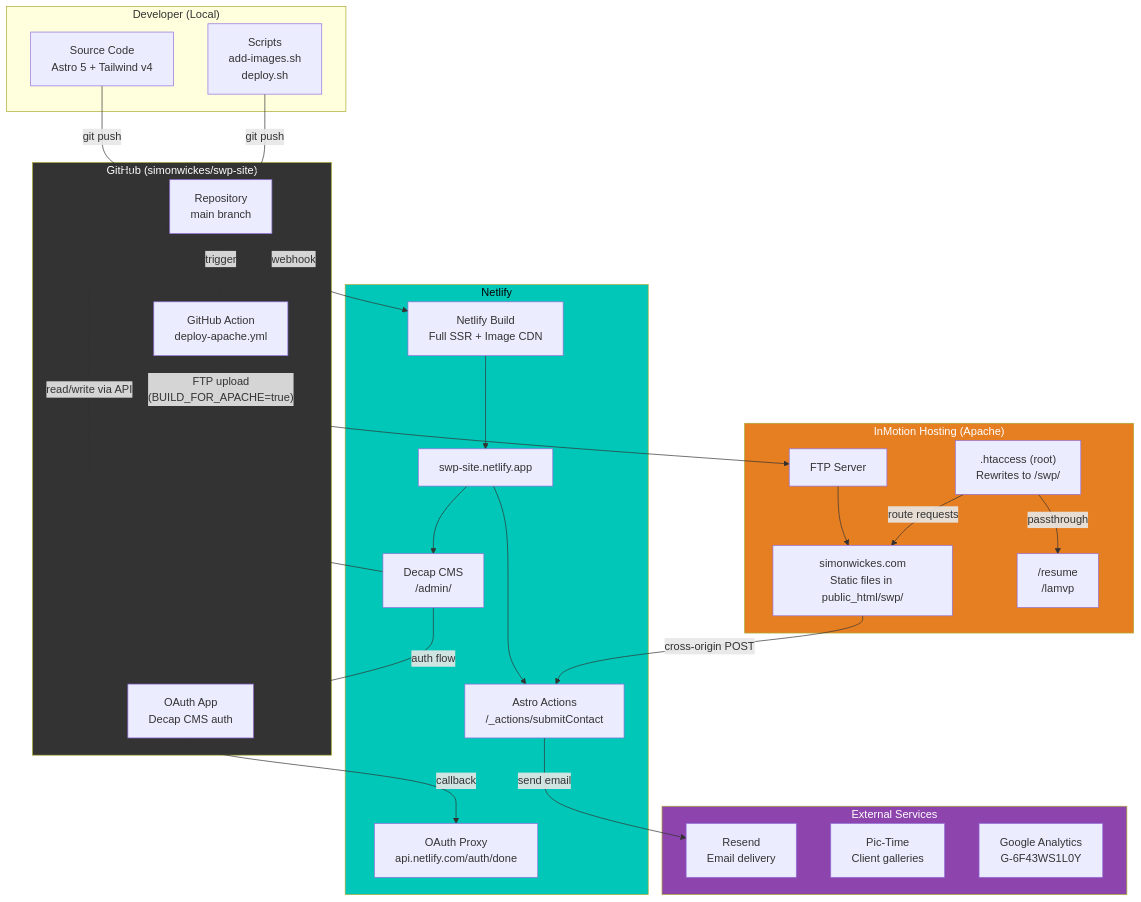
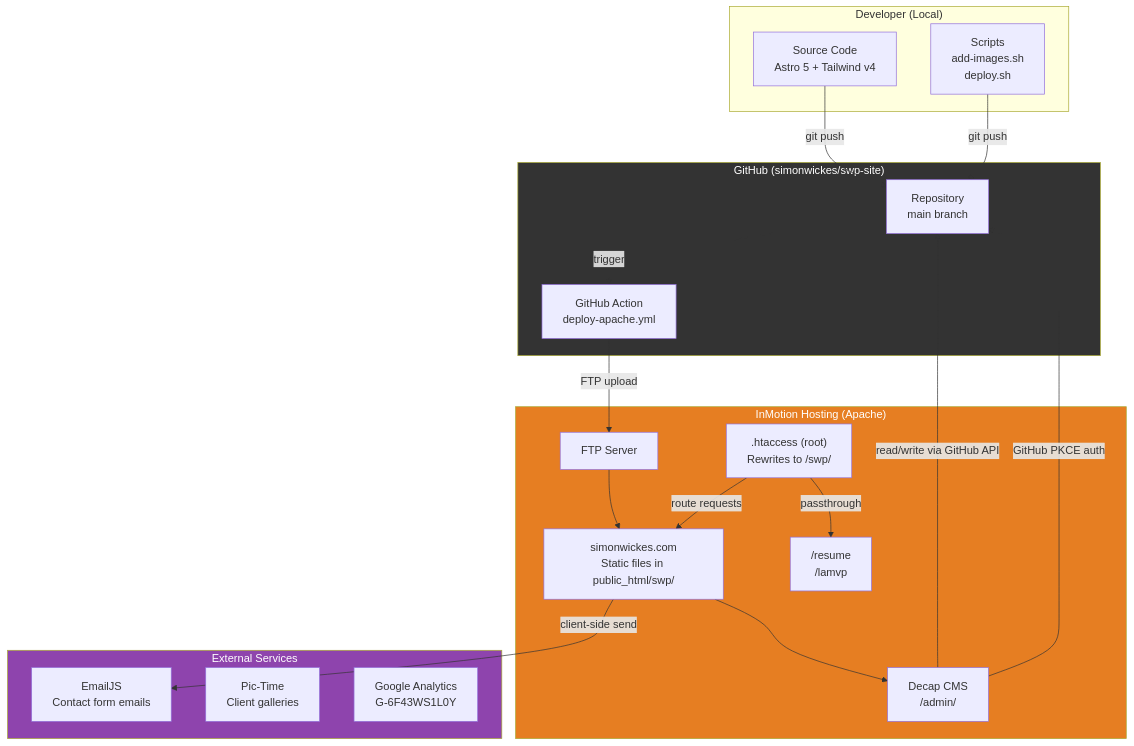
Before and after one commit to simonwickes/swp-site: the first of 8 diagrams in docs/ARCHITECTURE.md, drawn with Mermaid. The commit also changed other lines of this file and 19 other files, not shown here.

````diff
--- a/docs/ARCHITECTURE.md
+++ b/docs/ARCHITECTURE.md
@@ -9,56 +9,42 @@
 ```mermaid
 graph TB
     subgraph Developer["Developer (Local)"]
         CODE[Source Code<br/>Astro 5 + Tailwind v4]
         SCRIPTS["Scripts<br/>add-images.sh<br/>deploy.sh"]
     end
 
     subgraph GitHub["GitHub (simonwickes/swp-site)"]
         REPO[Repository<br/>main branch]
         ACTION["GitHub Action<br/>deploy-apache.yml"]
-        OAUTH["OAuth App<br/>Decap CMS auth"]
-    end
-
-    subgraph Netlify["Netlify"]
-        BUILD_N["Netlify Build<br/>Full SSR + Image CDN"]
-        SITE_N["swp-site.netlify.app"]
-        ACTIONS_N["Astro Actions<br/>/_actions/submitContact"]
-        CMS["Decap CMS<br/>/admin/"]
-        OAUTH_PROXY["OAuth Proxy<br/>api.netlify.com/auth/done"]
     end
 
     subgraph InMotion["InMotion Hosting (Apache)"]
         FTP["FTP Server"]
         HTACCESS_ROOT[".htaccess (root)<br/>Rewrites to /swp/"]
         SITE_A["simonwickes.com<br/>Static files in public_html/swp/"]
+        CMS["Decap CMS<br/>/admin/"]
         EXISTING["/resume<br/>/lamvp"]
     end
 
     subgraph External["External Services"]
-        RESEND["Resend<br/>Email delivery"]
+        EMAILJS["EmailJS<br/>Contact form emails"]
         PICTIME["Pic-Time<br/>Client galleries"]
         GA["Google Analytics<br/>G-6F43WS1L0Y"]
     end
 
     CODE -->|git push| REPO
     SCRIPTS -->|git push| REPO
-    REPO -->|webhook| BUILD_N
     REPO -->|trigger| ACTION
-    ACTION -->|"FTP upload<br/>(BUILD_FOR_APACHE=true)"| FTP
+    ACTION -->|"FTP upload"| FTP
     FTP --> SITE_A
-    BUILD_N --> SITE_N
-    SITE_N --> ACTIONS_N
-    SITE_N --> CMS
-    CMS -->|"read/write via API"| REPO
-    CMS -->|"auth flow"| OAUTH
-    OAUTH -->|"callback"| OAUTH_PROXY
-    ACTIONS_N -->|"send email"| RESEND
-    SITE_A -->|"cross-origin POST"| ACTIONS_N
+    SITE_A --> CMS
+    CMS -->|"read/write via GitHub API"| REPO
+    CMS -->|"GitHub PKCE auth"| REPO
+    SITE_A -->|"client-side send"| EMAILJS
     HTACCESS_ROOT -->|"route requests"| SITE_A
     HTACCESS_ROOT -->|"passthrough"| EXISTING
 
-    style Netlify fill:#00c7b7,color:#000
     style InMotion fill:#e67e22,color:#fff
     style GitHub fill:#333,color:#fff
     style External fill:#8e44ad,color:#fff
 ```
````
